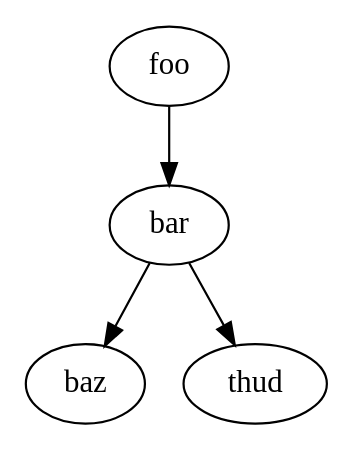
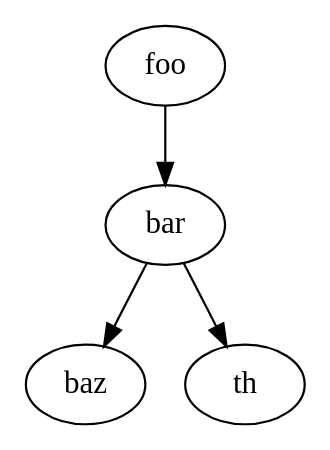
Before and after one commit to drunkard/ceph-Chinese-doc: the diagram in dev/documenting.rst, drawn with Graphviz. The commit also changed other lines of this file and 15 other files, not shown here.

```diff
--- a/dev/documenting.rst
+++ b/dev/documenting.rst
@@ -46,7 +71,7 @@
 .. graphviz::
 
    digraph "example" {
      foo -> bar;
      bar -> baz;
-     bar -> thud;
+     bar -> th;
    }
```
